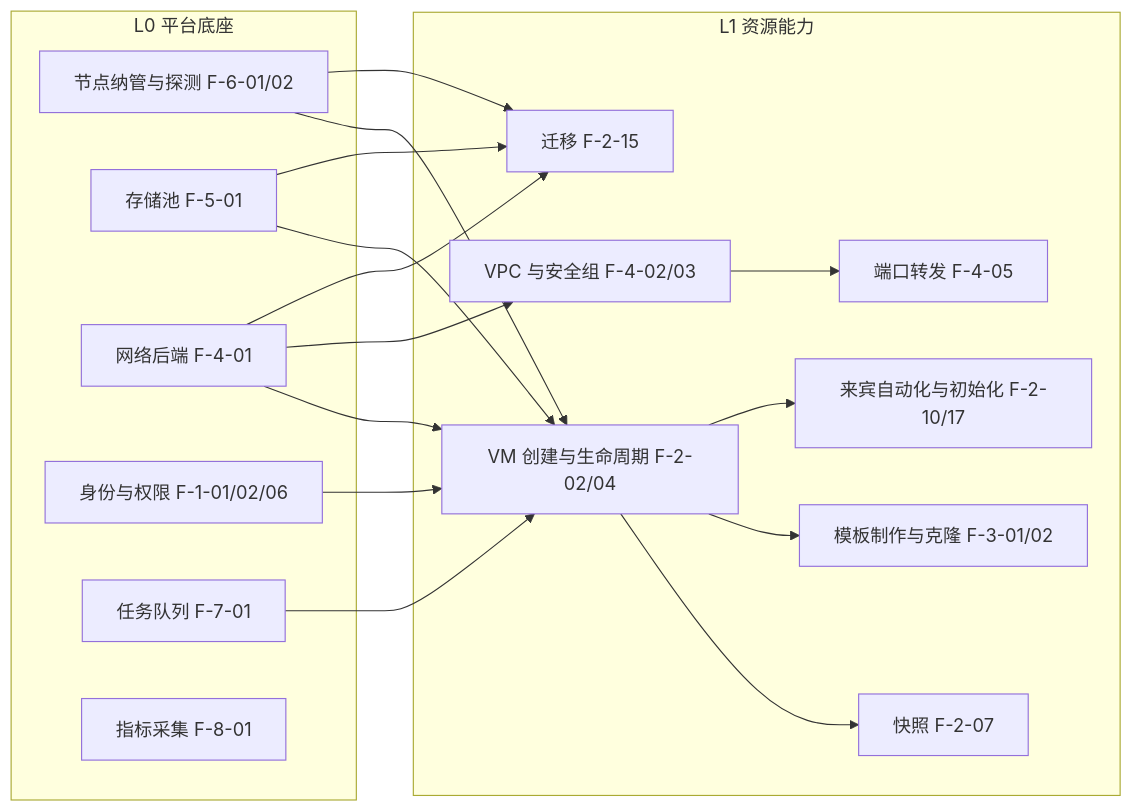
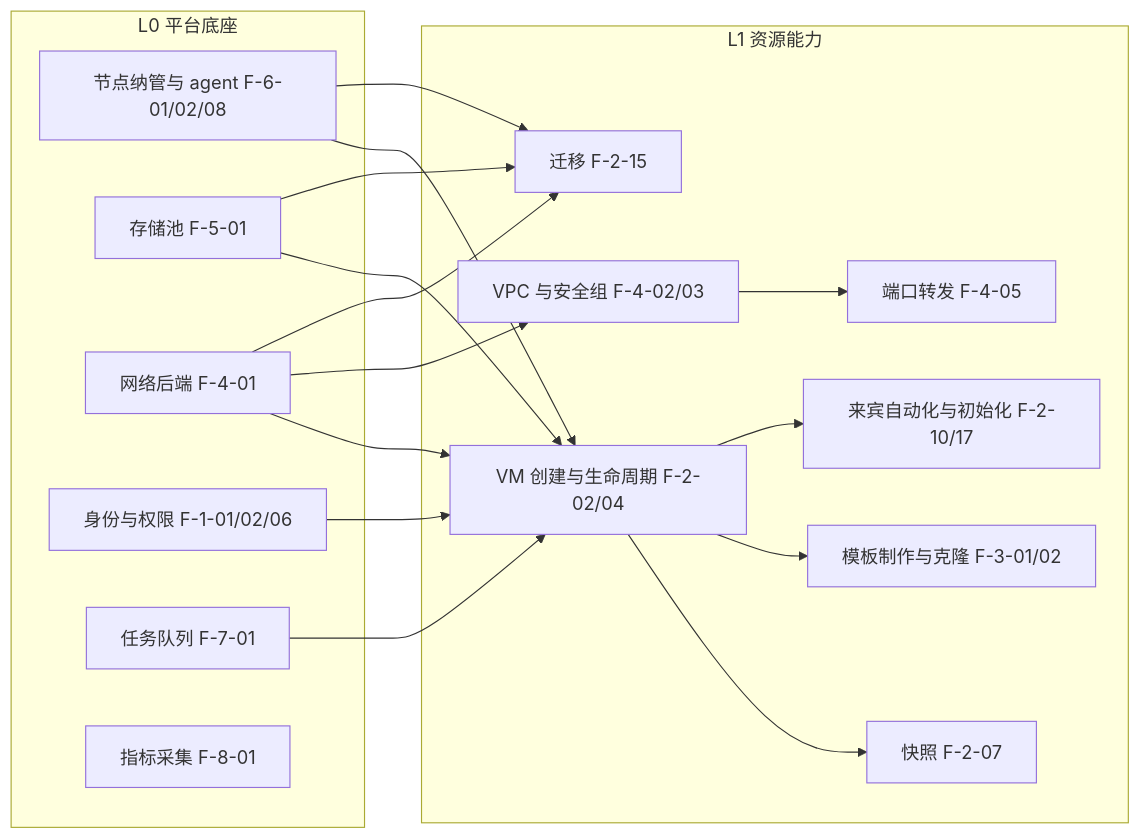
Before and after one commit to kyssion/k_cockpit: the diagram in docs/01-product/CAPABILITY_MAP.md, drawn with Mermaid. The commit also changed other lines of this file and 6 other files, not shown here.

````diff
--- a/docs/01-product/CAPABILITY_MAP.md
+++ b/docs/01-product/CAPABILITY_MAP.md
@@ -81,33 +82,33 @@
 ```mermaid
 flowchart LR
     subgraph L0[L0 平台底座]
-        N[节点纳管与探测 F-6-01/02]
+        N[节点纳管与 agent F-6-01/02/08]
         S[存储池 F-5-01]
         NET[网络后端 F-4-01]
         AUTH[身份与权限 F-1-01/02/06]
         TASK[任务队列 F-7-01]
         MON[指标采集 F-8-01]
     end
     subgraph L1[L1 资源能力]
         VM[VM 创建与生命周期 F-2-02/04]
         SNAP[快照 F-2-07]
         TPL[模板制作与克隆 F-3-01/02]
         GA[来宾自动化与初始化 F-2-10/17]
         PF[端口转发 F-4-05]
         VPC[VPC 与安全组 F-4-02/03]
         MIG[迁移 F-2-15]
     end
     N --> VM
     S --> VM
     NET --> VM
     AUTH --> VM
     TASK --> VM
     VM --> SNAP
     VM --> TPL
     VM --> GA
     NET --> VPC
     VPC --> PF
     N --> MIG
     NET --> MIG
     S --> MIG
 ```
````
